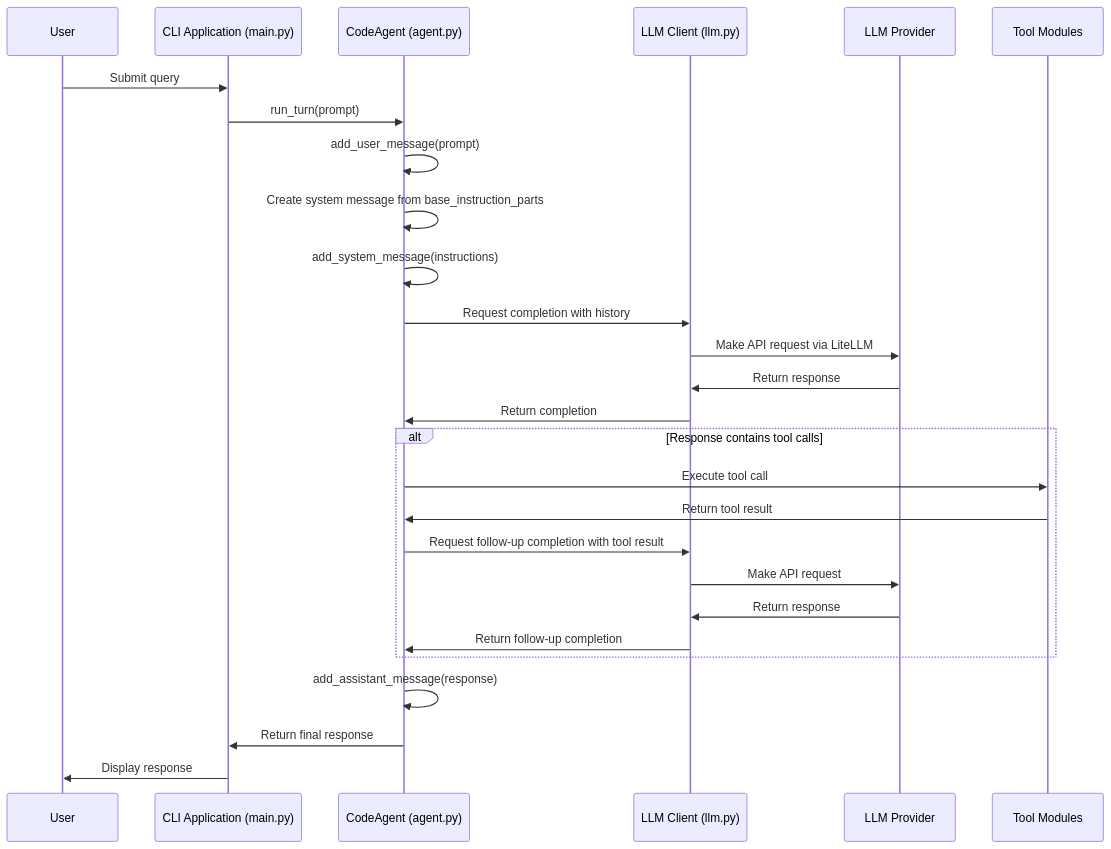
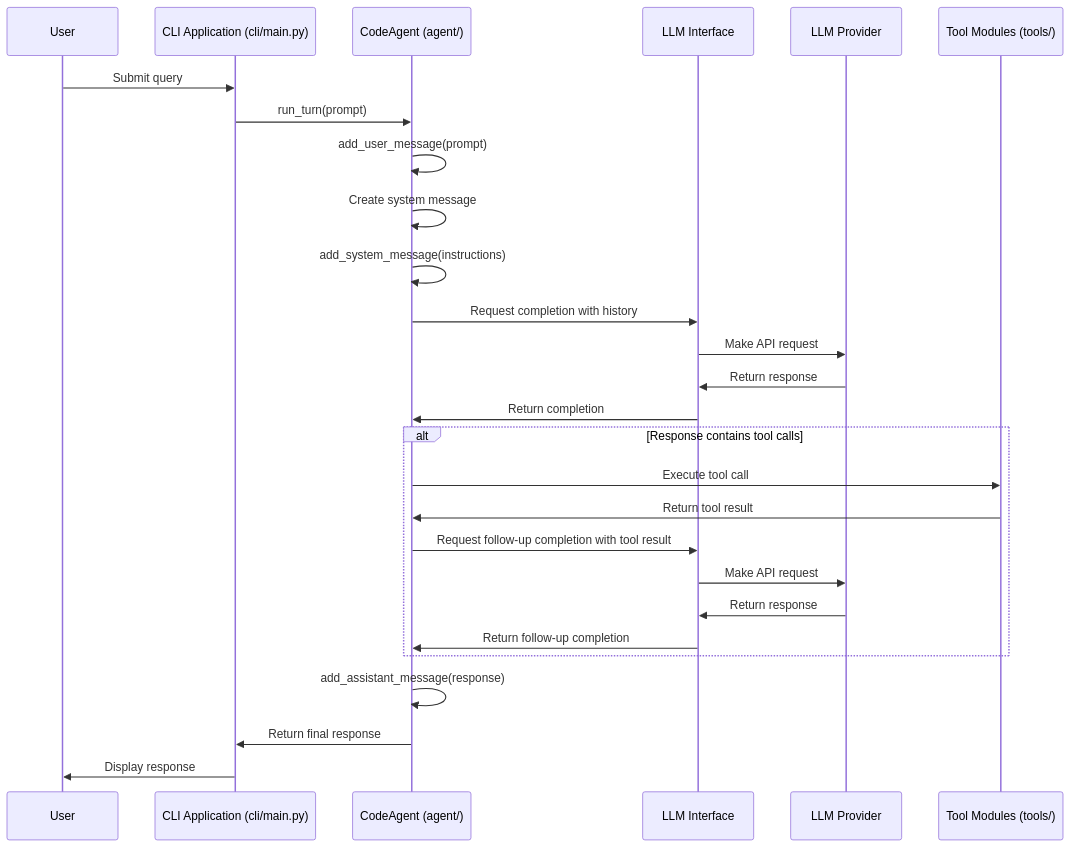
The diagram in docs/feature_chat.md (BlueCentre/code-agent), drawn with Mermaid before and after one commit. The commit also changed other lines of this file and 36 other files, not shown here.

````diff
--- a/docs/feature_chat.md
+++ b/docs/feature_chat.md
@@ -148,34 +146,34 @@
 ```mermaid
 sequenceDiagram
     participant User
-    participant CLI as CLI Application (main.py)
-    participant Agent as CodeAgent (agent.py)
-    participant LLM as LLM Client (llm.py)
+    participant CLI as CLI Application (cli/main.py)
+    participant Agent as CodeAgent (agent/)
+    participant LiteLLM as LLM Interface
     participant Provider as LLM Provider
-    participant Tools as Tool Modules
+    participant Tools as Tool Modules (tools/)
 
     User->>CLI: Submit query
     CLI->>Agent: run_turn(prompt)
 
     Agent->>Agent: add_user_message(prompt)
-    Agent->>Agent: Create system message from base_instruction_parts
+    Agent->>Agent: Create system message
     Agent->>Agent: add_system_message(instructions)
 
-    Agent->>LLM: Request completion with history
-    LLM->>Provider: Make API request via LiteLLM
-    Provider->>LLM: Return response
-    LLM->>Agent: Return completion
+    Agent->>LiteLLM: Request completion with history
+    LiteLLM->>Provider: Make API request
+    Provider->>LiteLLM: Return response
+    LiteLLM->>Agent: Return completion
 
     alt Response contains tool calls
         Agent->>Tools: Execute tool call
         Tools->>Agent: Return tool result
-        Agent->>LLM: Request follow-up completion with tool result
-        LLM->>Provider: Make API request
-        Provider->>LLM: Return response
-        LLM->>Agent: Return follow-up completion
+        Agent->>LiteLLM: Request follow-up completion with tool result
+        LiteLLM->>Provider: Make API request
+        Provider->>LiteLLM: Return response
+        LiteLLM->>Agent: Return follow-up completion
     end
 
     Agent->>Agent: add_assistant_message(response)
     Agent->>CLI: Return final response
     CLI->>User: Display response
 ```
````
